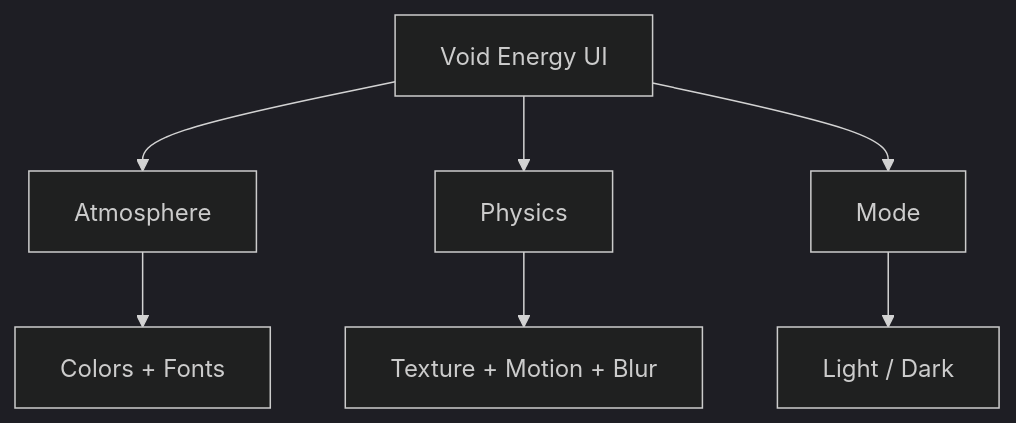
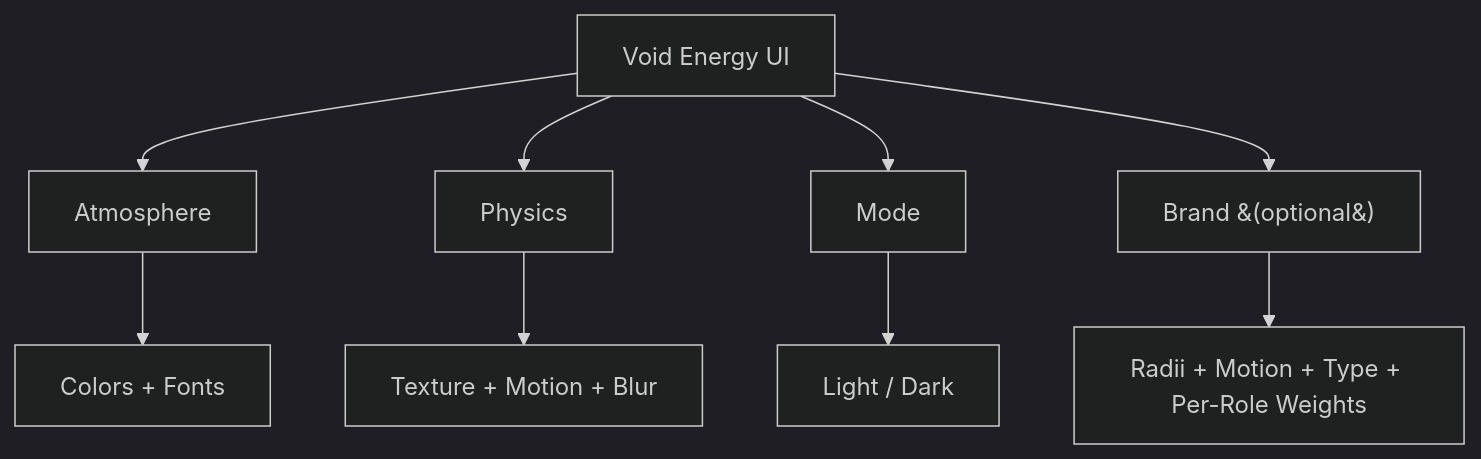
The second of 2 diagrams in CHEAT-SHEET.md (dimonb19/void-energy-ui), drawn with Mermaid (dark theme) before and after one commit. The commit also changed other lines of this file and 16 other files, not shown here.

````diff
--- a/CHEAT-SHEET.md
+++ b/CHEAT-SHEET.md
@@ -171,9 +171,11 @@
 ```mermaid
 graph TD
     A[Void Energy UI] --> B[Atmosphere]
     A --> C[Physics]
     A --> D[Mode]
+    A --> H[Brand &#40;optional&#41;]
     B --> E[Colors + Fonts]
     C --> F[Texture + Motion + Blur]
     D --> G[Light / Dark]
+    H --> I[Radii + Motion + Type + Per-Role Weights]
 ```
````
